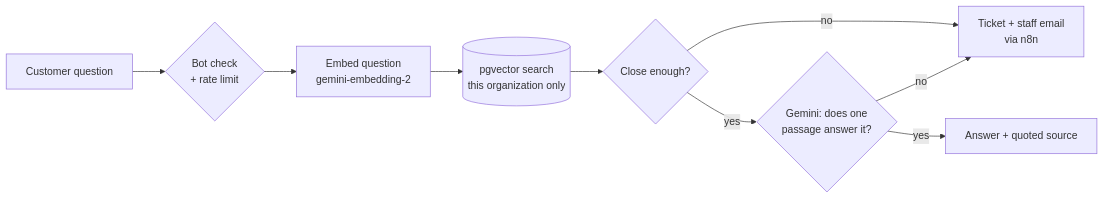
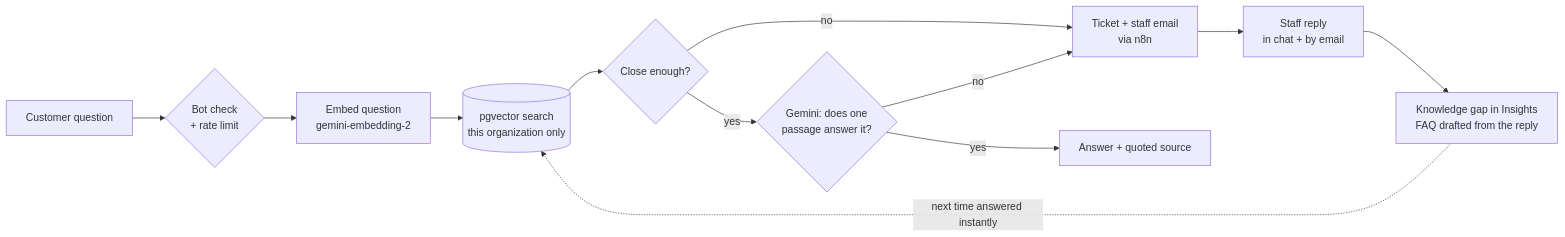
The diagram in README.md (B1Kjuu/omnidesk-ai), drawn with Mermaid before and after one commit. The commit also changed other lines of this file, not shown here.

Commit message:
feat: enhance README with detailed flow and insights on customer interactions and staff replies

````diff
--- a/README.md
+++ b/README.md
@@ -13,11 +19,14 @@
 ```mermaid
 flowchart LR
   Q[Customer question] --> G{Bot check<br/>+ rate limit}
   G --> E[Embed question<br/>gemini-embedding-2]
   E --> R[(pgvector search<br/>this organization only)]
   R --> T{Close enough?}
   T -- no --> ESC
   T -- yes --> L{Gemini: does one<br/>passage answer it?}
   L -- yes --> A[Answer + quoted source]
   L -- no --> ESC[Ticket + staff email<br/>via n8n]
+  ESC --> S[Staff reply<br/>in chat + by email]
+  S --> K[Knowledge gap in Insights<br/>FAQ drafted from the reply]
+  K -. next time answered instantly .-> R
 ```
````
